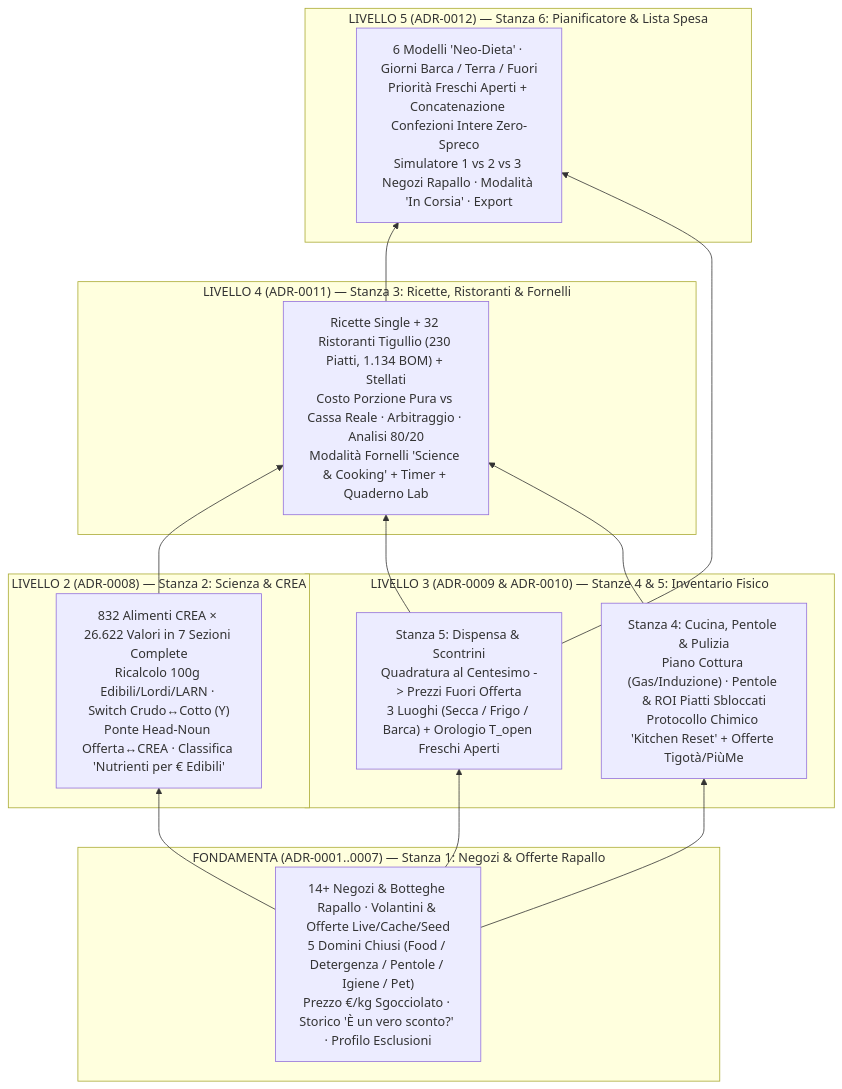
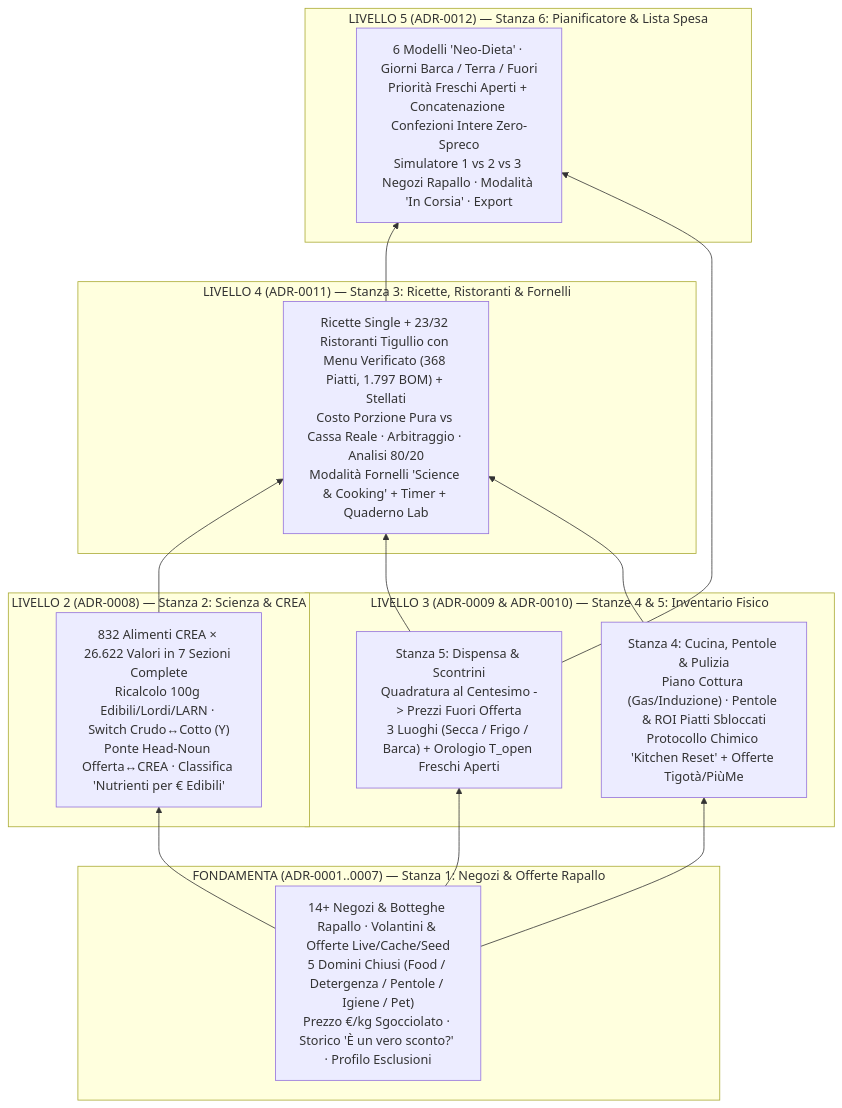
The diagram in docs/adr/README.md (Noobucodonosor/basilico), drawn with Mermaid before and after one commit. The commit also changed other lines of this file and 17 other files, not shown here.

Commit message:
feat(TASK-M5-03): add verified public Tigullio restaurant menus and hide 0-menu venues in UI (closes #37)

````diff
--- a/docs/adr/README.md
+++ b/docs/adr/README.md
@@ -30,32 +30,32 @@
 ```mermaid
 flowchart BT
   subgraph L01["FONDAMENTA (ADR-0001..0007) — Stanza 1: Negozi & Offerte Rapallo"]
     S1["14+ Negozi & Botteghe Rapallo · Volantini & Offerte Live/Cache/Seed\n5 Domini Chiusi (Food / Detergenza / Pentole / Igiene / Pet)\nPrezzo €/kg Sgocciolato · Storico 'È un vero sconto?' · Profilo Esclusioni"]
   end
 
   subgraph L2["LIVELLO 2 (ADR-0008) — Stanza 2: Scienza & CREA"]
     S2["832 Alimenti CREA × 26.622 Valori in 7 Sezioni Complete\nRicalcolo 100g Edibili/Lordi/LARN · Switch Crudo↔Cotto (Y)\nPonte Head-Noun Offerta↔CREA · Classifica 'Nutrienti per € Edibili'"]
   end
 
   subgraph L3["LIVELLO 3 (ADR-0009 & ADR-0010) — Stanze 4 & 5: Inventario Fisico"]
     S5["Stanza 5: Dispensa & Scontrini\nQuadratura al Centesimo -> Prezzi Fuori Offerta\n3 Luoghi (Secca / Frigo / Barca) + Orologio T_open Freschi Aperti"]
     S4["Stanza 4: Cucina, Pentole & Pulizia\nPiano Cottura (Gas/Induzione) · Pentole & ROI Piatti Sbloccati\nProtocollo Chimico 'Kitchen Reset' + Offerte Tigotà/PiùMe"]
   end
 
   subgraph L4["LIVELLO 4 (ADR-0011) — Stanza 3: Ricette, Ristoranti & Fornelli"]
-    S3["Ricette Single + 32 Ristoranti Tigullio (230 Piatti, 1.134 BOM) + Stellati\nCosto Porzione Pura vs Cassa Reale · Arbitraggio · Analisi 80/20\nModalità Fornelli 'Science & Cooking' + Timer + Quaderno Lab"]
+    S3["Ricette Single + 23/32 Ristoranti Tigullio con Menu Verificato (368 Piatti, 1.797 BOM) + Stellati\nCosto Porzione Pura vs Cassa Reale · Arbitraggio · Analisi 80/20\nModalità Fornelli 'Science & Cooking' + Timer + Quaderno Lab"]
   end
 
   subgraph L5["LIVELLO 5 (ADR-0012) — Stanza 6: Pianificatore & Lista Spesa"]
     S6["6 Modelli 'Neo-Dieta' · Giorni Barca / Terra / Fuori\nPriorità Freschi Aperti + Concatenazione Confezioni Intere Zero-Spreco\nSimulatore 1 vs 2 vs 3 Negozi Rapallo · Modalità 'In Corsia' · Export"]
   end
 
   S1 --> S2
   S1 --> S5
   S1 --> S4
   S2 --> S3
   S5 --> S3
   S4 --> S3
   S3 --> S6
   S5 --> S6
 ```
````
